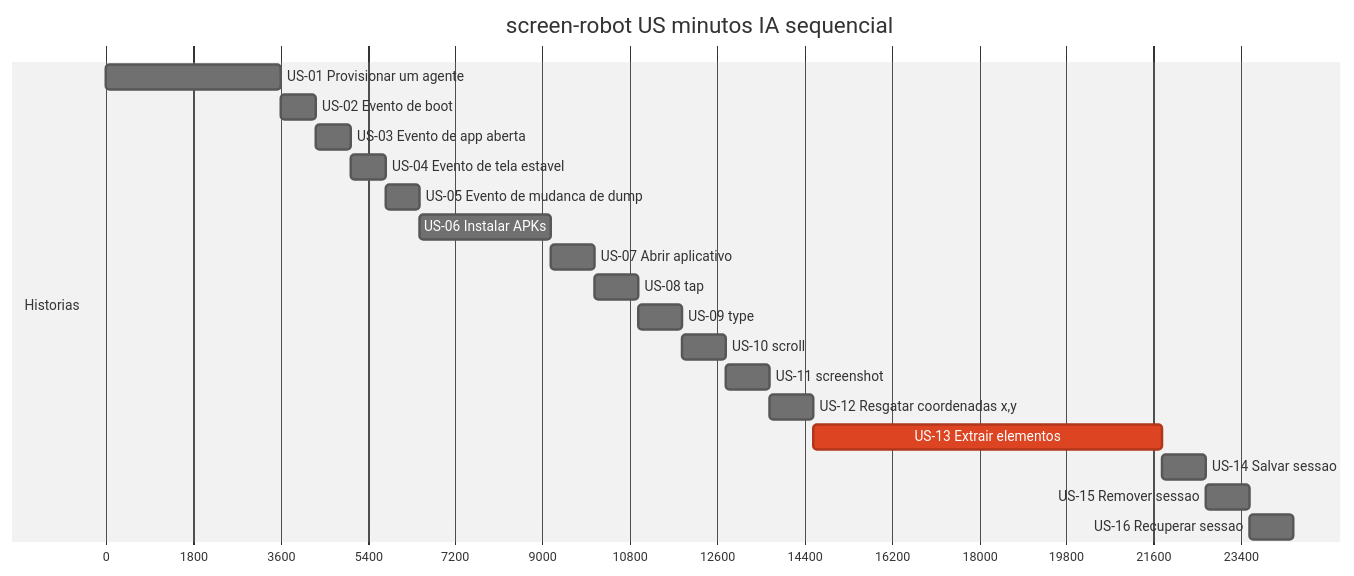
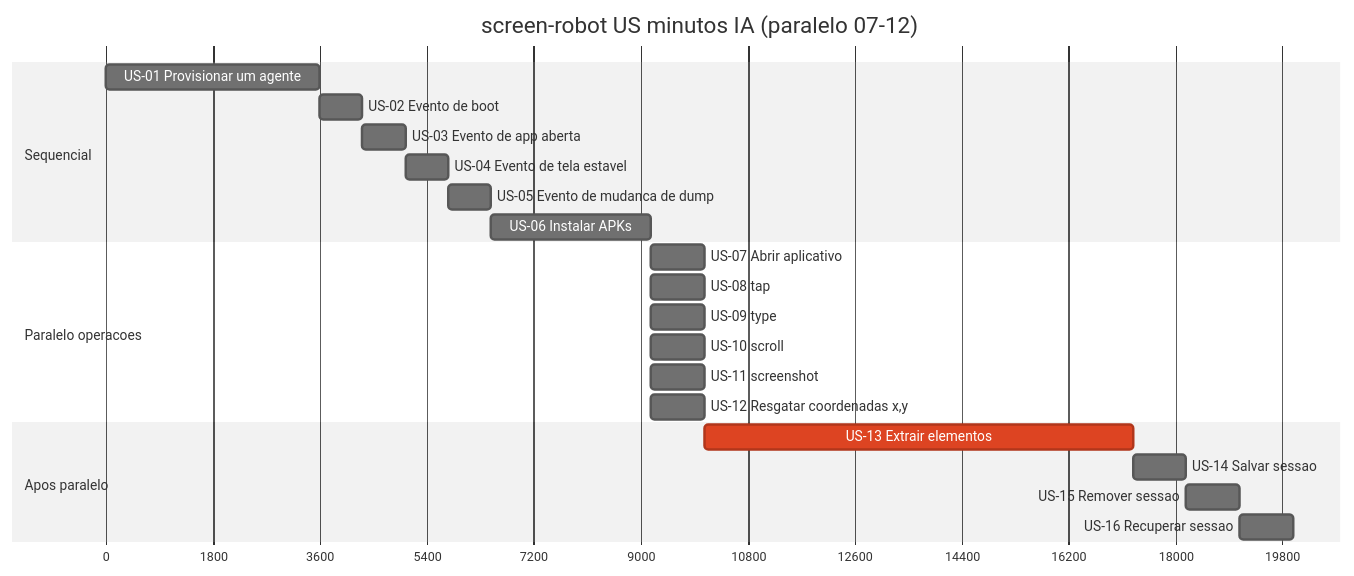
Before and after one commit to laerciogermano/workstation: the diagram in connectmax/screen-robot/docs/tasks.md, drawn with Mermaid (neutral theme). The commit also changed other lines of this file and 2 other files, not shown here.

Commit message:
Marca US-07..12 como paralelizáveis no Gantt do screen-robot (caminho 333 min).

````diff
--- a/connectmax/screen-robot/docs/tasks.md
+++ b/connectmax/screen-robot/docs/tasks.md
@@ -60,24 +62,28 @@
 ```mermaid
 gantt
-  title screen-robot US minutos IA sequencial
+  title screen-robot US minutos IA (paralelo 07-12)
   dateFormat X
   axisFormat %s
 
-  section Historias
+  section Sequencial
   US-01 Provisionar um agente           :us01, 0, 60m
   US-02 Evento de boot                  :us02, after us01, 12m
   US-03 Evento de app aberta            :us03, after us02, 12m
   US-04 Evento de tela estavel          :us04, after us03, 12m
   US-05 Evento de mudanca de dump       :us05, after us04, 12m
   US-06 Instalar APKs                   :us06, after us05, 45m
+
+  section Paralelo operacoes
   US-07 Abrir aplicativo                :us07, after us06, 15m
-  US-08 tap                             :us08, after us07, 15m
-  US-09 type                            :us09, after us08, 15m
-  US-10 scroll                          :us10, after us09, 15m
-  US-11 screenshot                      :us11, after us10, 15m
-  US-12 Resgatar coordenadas x,y        :us12, after us11, 15m
-  US-13 Extrair elementos               :crit, us13, after us12, 120m
+  US-08 tap                             :us08, after us06, 15m
+  US-09 type                            :us09, after us06, 15m
+  US-10 scroll                          :us10, after us06, 15m
+  US-11 screenshot                      :us11, after us06, 15m
+  US-12 Resgatar coordenadas x,y        :us12, after us06, 15m
+
+  section Apos paralelo
+  US-13 Extrair elementos               :crit, us13, after us07, 120m
   US-14 Salvar sessao                   :us14, after us13, 15m
   US-15 Remover sessao                  :us15, after us14, 15m
   US-16 Recuperar sessao                :us16, after us15, 15m
 ```
````
